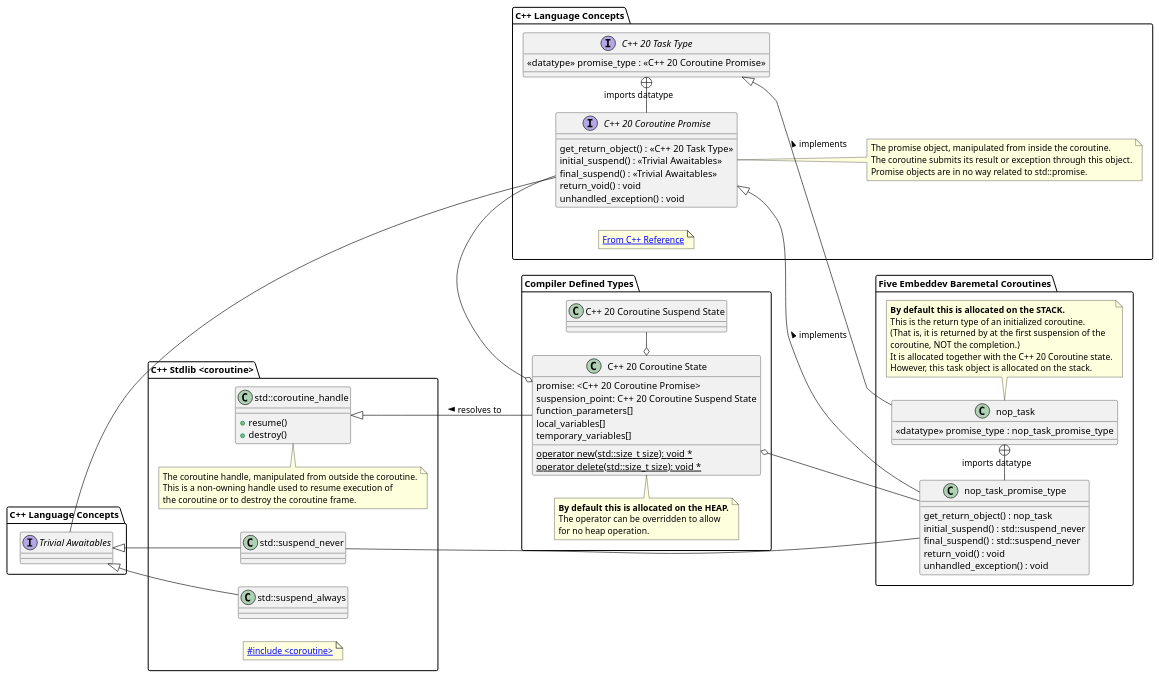
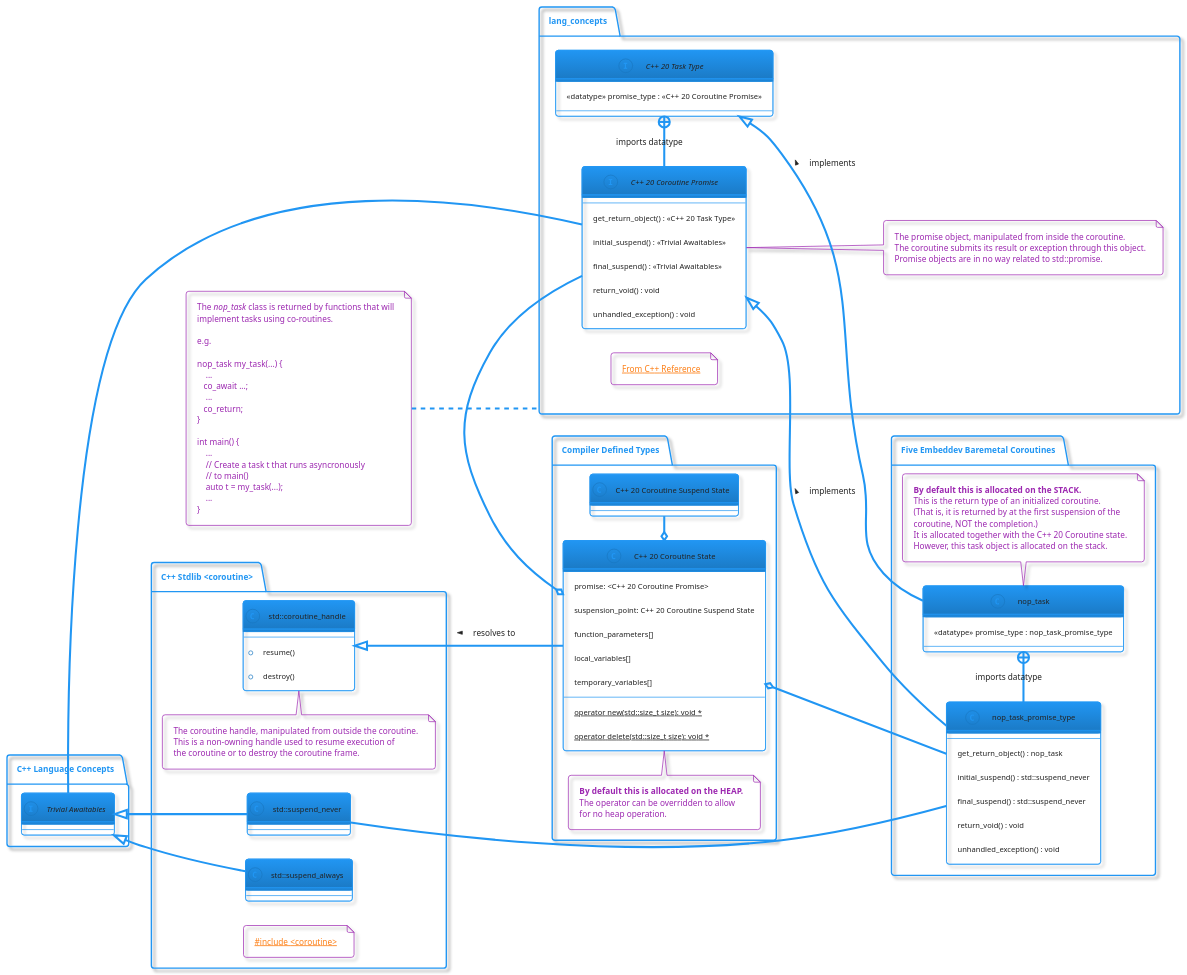
One commit to five-embeddev/baremetal-cxx-coro changed the diagram in docs/diagrams/nop_task.puml. Above: the diagram before and after it, drawn with PlantUML. The commit also changed 17 other files, not shown here.

Commit message:
Diagram updates

```diff
--- a/docs/diagrams/nop_task.puml
+++ b/docs/diagrams/nop_task.puml
@@ -1,133 +1,161 @@
 @startuml
+!theme materia-outline
 
 left to right direction
 
+package lang_concepts {}
+
+note left of lang_concepts
+The <i>nop_task</i> class is returned by functions that will
+implement tasks using co-routines.
+
+e.g.
+
+nop_task my_task(...) {
+    ...
+   co_await ...;
+    ...
+   co_return;
+}
+
+int main() {
+    ...
+    // Create a task t that runs asyncronously
+    // to main()
+    auto t = my_task(...);
+    ...
+}
+end note
+
+
 package "C++ Language Concepts" as lang_concepts {
 
-note as link
-[[https://en.cppreference.com/w/cpp/language/coroutines From C++ Reference]]
-end note
+
+
+   note as link
+   [[https://en.cppreference.com/w/cpp/language/coroutines From C++ Reference]]
+   end note
 
 
    interface "C++ 20 Coroutine Promise" as cpp20_coro_promise {
        get_return_object() : <<C++ 20 Task Type>>
        initial_suspend() : <<Trivial Awaitables>>
        final_suspend() : <<Trivial Awaitables>>
        return_void() : void
        unhandled_exception() : void
    }
    note right of cpp20_coro_promise
    The promise object, manipulated from inside the coroutine.
    The coroutine submits its result or exception through this object.
    Promise objects are in no way related to std::promise.
    end note
 
    cpp20_coro_task +-right- cpp20_coro_promise : imports datatype
 
    interface "C++ 20 Task Type" as cpp20_coro_task {
        <<datatype>> promise_type : <<C++ 20 Coroutine Promise>>
    }
 }
 
 
 package "Compiler Defined Types" as compiler_types {
    class "C++ 20 Coroutine Suspend State" as cpp20_coro_suspend {
    }
 
    class "C++ 20 Coroutine State" as cpp20_coro_state {
    promise: <C++ 20 Coroutine Promise>
    suspension_point: C++ 20 Coroutine Suspend State
    function_parameters[]
    local_variables[]
    temporary_variables[]
    {static} operator new(std::size_t size): void *
    {static} operator delete(std::size_t size): void *
    }
 
    cpp20_coro_state o- cpp20_coro_promise
    cpp20_coro_state o- cpp20_coro_suspend
 
    note top of cpp20_coro_state
    <b>By default this is allocated on the HEAP.</b>
    The operator can be overridden to allow
    for no heap operation.
    end note
 }
 
 
 package "Five Embeddev Baremetal Coroutines" as impl {
 
    class nop_task {
         <<datatype>> promise_type : nop_task_promise_type
    }
 
 
    class nop_task_promise_type {
        get_return_object() : nop_task
        initial_suspend() : std::suspend_never
        final_suspend() : std::suspend_never
        return_void() : void
        unhandled_exception() : void
    }
 
 
    cpp20_coro_promise <|-down- nop_task_promise_type : implements <
    cpp20_coro_task <|-down- nop_task  : implements <
 
    nop_task +- nop_task_promise_type : imports datatype
    cpp20_coro_state o-- nop_task_promise_type
 
 
    note bottom of nop_task
    <b>By default this is allocated on the STACK.</b>
    This is the return type of an initialized coroutine.
    (That is, it is returned by at the first suspension of the
    coroutine, NOT the completion.)
    It is allocated together with the C++ 20 Coroutine state.
    However, this task object is allocated on the stack.
    end note
 
 }
 
 
 package "C++ Language Concepts" as concepts2 {
 
    interface "Trivial Awaitables" as cpp20_trivial_awaitable
 
 }
 
 
 package "C++ Stdlib <coroutine>"  as stdlib {
 
    note as include_link
       [[https://en.cppreference.com/w/cpp/header/coroutine #include <coroutine>]]
    end note
 
    class "std::coroutine_handle" as coro_handle {
        +resume()
        +destroy()
    }
 
    note top of coro_handle
    The coroutine handle, manipulated from outside the coroutine.
    This is a non-owning handle used to resume execution of
    the coroutine or to destroy the coroutine frame.
    end note
 
 
    class std::suspend_never
    class std::suspend_always
 
    std::suspend_never --- nop_task_promise_type
 
    cpp20_trivial_awaitable <|- std::suspend_never
    cpp20_trivial_awaitable <|- std::suspend_always
 
    coro_handle <|-- cpp20_coro_state : < resolves to
 
    cpp20_trivial_awaitable --- cpp20_coro_promise
 
 }
 
 
 @enduml
```
